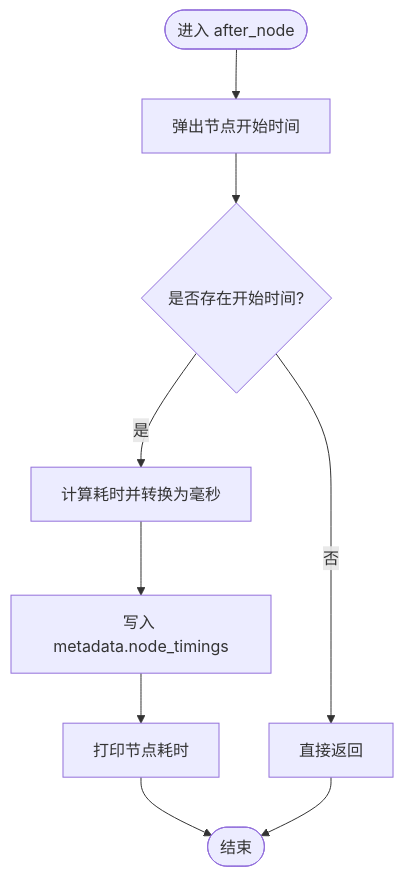
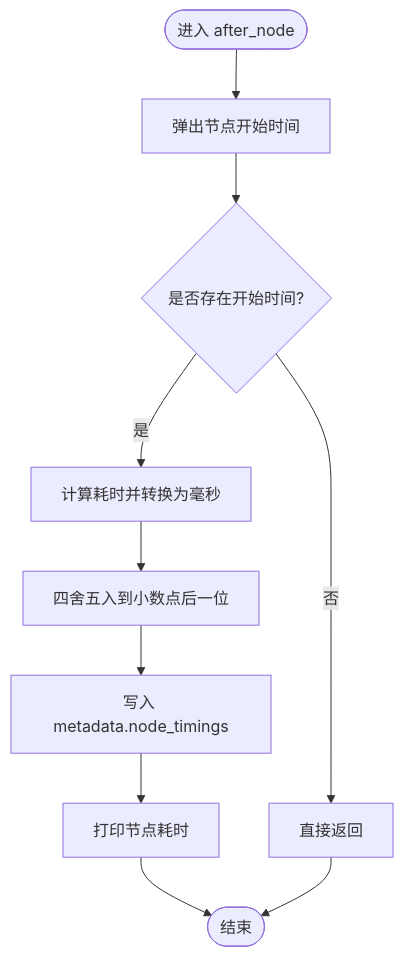
The fourth of 8 diagrams in .qoder/repowiki/zh/content/中间件系统设计/计时中间件.md (Yijtu/multi-agent-customer-service), drawn with Mermaid before and after one commit. The commit also changed other lines of this file and 28 other files, not shown here.

````diff
--- a/.qoder/repowiki/zh/content/中间件系统设计/计时中间件.md
+++ b/.qoder/repowiki/zh/content/中间件系统设计/计时中间件.md
@@ -199,11 +199,12 @@
 ```mermaid
 flowchart TD
 Start(["进入 after_node"]) --> PopStart["弹出节点开始时间"]
 PopStart --> HasStart{"是否存在开始时间?"}
 HasStart --> |否| Return["直接返回"]
 HasStart --> |是| CalcElapsed["计算耗时并转换为毫秒"]
-CalcElapsed --> WriteMeta["写入 metadata.node_timings"]
+CalcElapsed --> Round["四舍五入到小数点后一位"]
+Round --> WriteMeta["写入 metadata.node_timings"]
 WriteMeta --> Print["打印节点耗时"]
 Print --> End(["结束"])
 Return --> End
 ```
````
